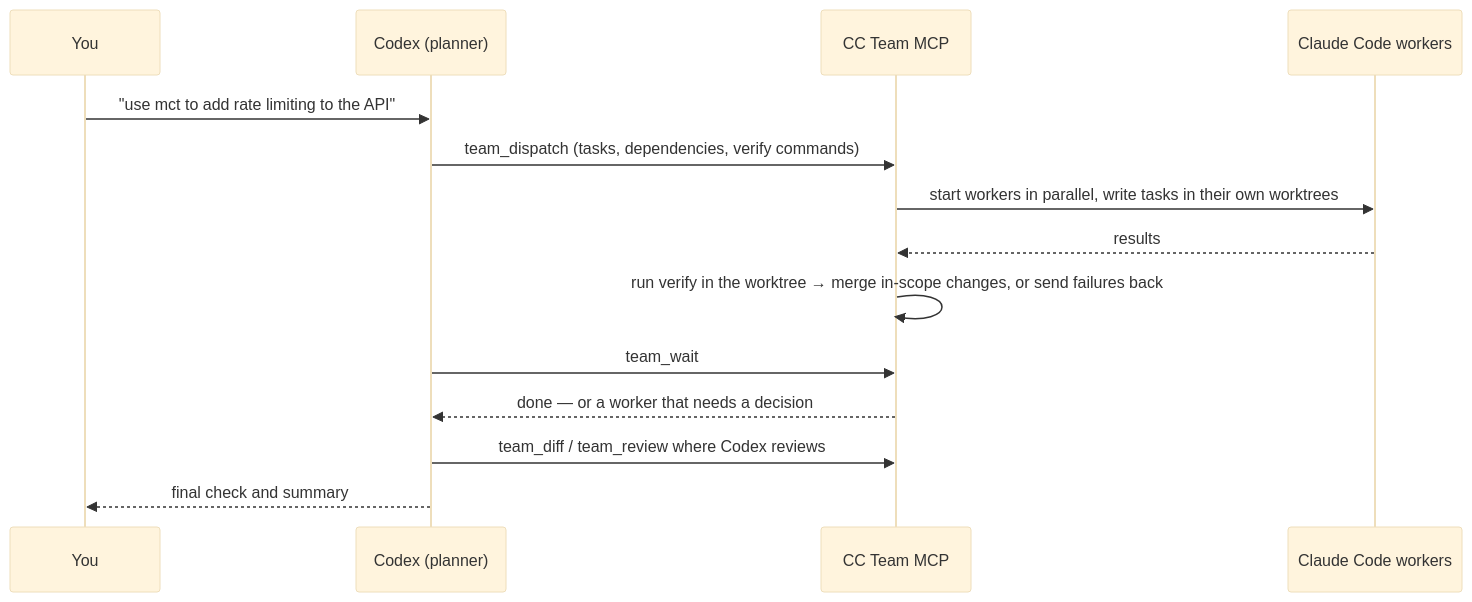
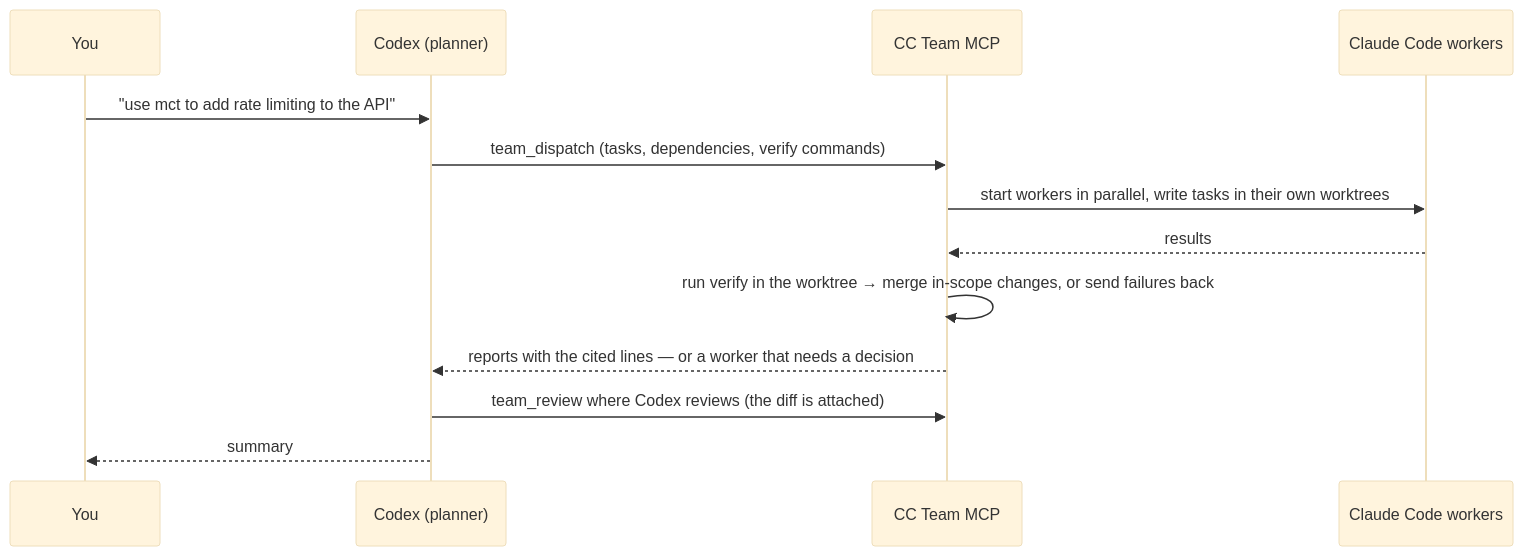
The diagram in README.md (lboverfys/mcp-cccx-together), drawn with Mermaid (base theme) before and after one commit. The commit also changed other lines of this file and 10 other files, not shown here.

First line of the commit message:
按"Codex 慢、CC 快"压缩主控回合：派发即等待、证据原文与待验收 diff 随结果返回

````diff
--- a/README.md
+++ b/README.md
@@ -38,16 +38,15 @@
 ```mermaid
 sequenceDiagram
     participant You
     participant Codex as Codex (planner)
     participant MCP as CC Team MCP
     participant CC as Claude Code workers
     You->>Codex: "use mct to add rate limiting to the API"
     Codex->>MCP: team_dispatch (tasks, dependencies, verify commands)
     MCP->>CC: start workers in parallel, write tasks in their own worktrees
     CC-->>MCP: results
     MCP->>MCP: run verify in the worktree → merge in-scope changes, or send failures back
-    Codex->>MCP: team_wait
-    MCP-->>Codex: done — or a worker that needs a decision
-    Codex->>MCP: team_diff / team_review where Codex reviews
-    Codex-->>You: final check and summary
+    MCP-->>Codex: reports with the cited lines — or a worker that needs a decision
+    Codex->>MCP: team_review where Codex reviews (the diff is attached)
+    Codex-->>You: summary
 ```
````
